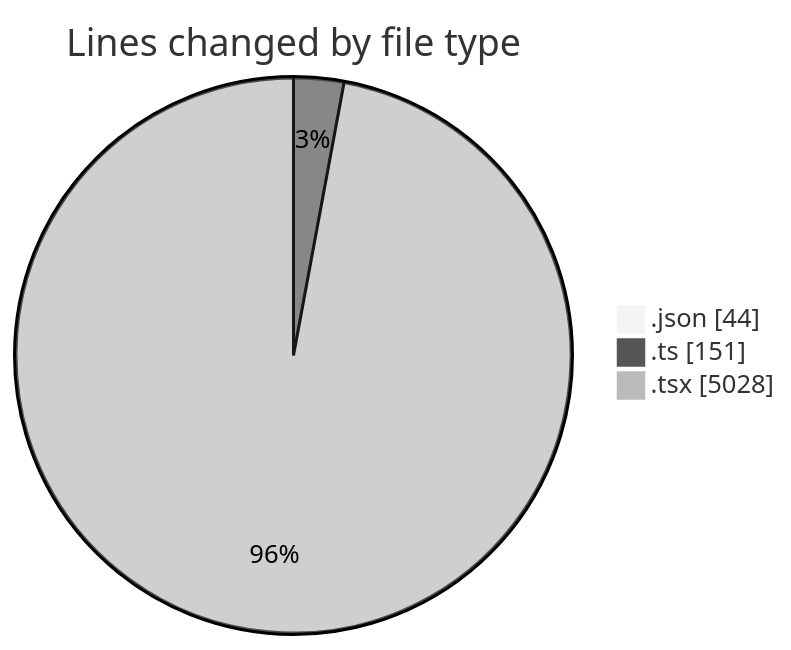
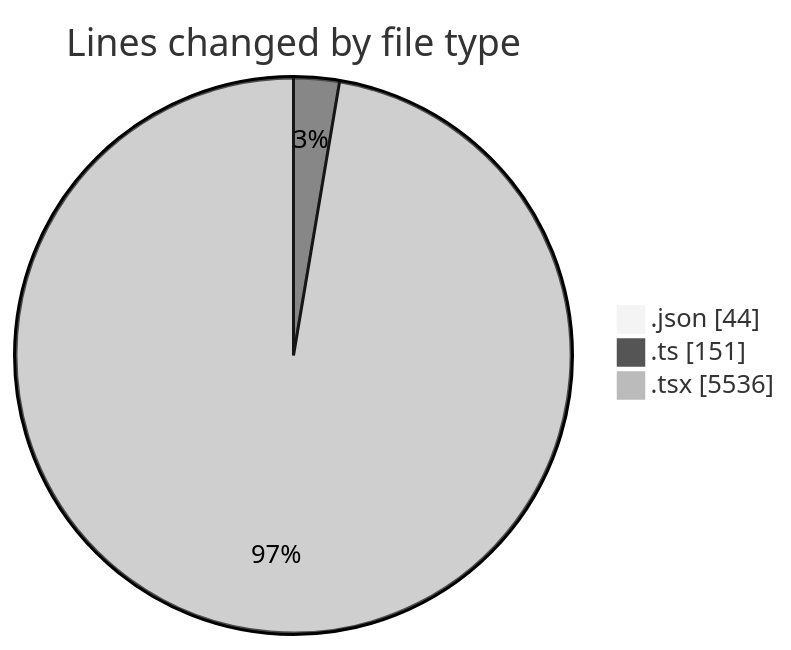
One commit to julien-gomy/code-tracking changed the first of 2 diagrams in 2025-10-24/eventscop-frontend-guide__workspace_/README.md. Above: the diagram before and after it, drawn with Mermaid (neutral theme). The commit also changed other lines of this file and 1 other file, not shown here.

````diff
--- a/2025-10-24/eventscop-frontend-guide__workspace_/README.md
+++ b/2025-10-24/eventscop-frontend-guide__workspace_/README.md
@@ -36,7 +36,7 @@
 ```mermaid
 pie showData
 title Lines changed by file type
 ".json" : 44
 ".ts" : 151
-".tsx" : 5028
+".tsx" : 5536
 ```
````
